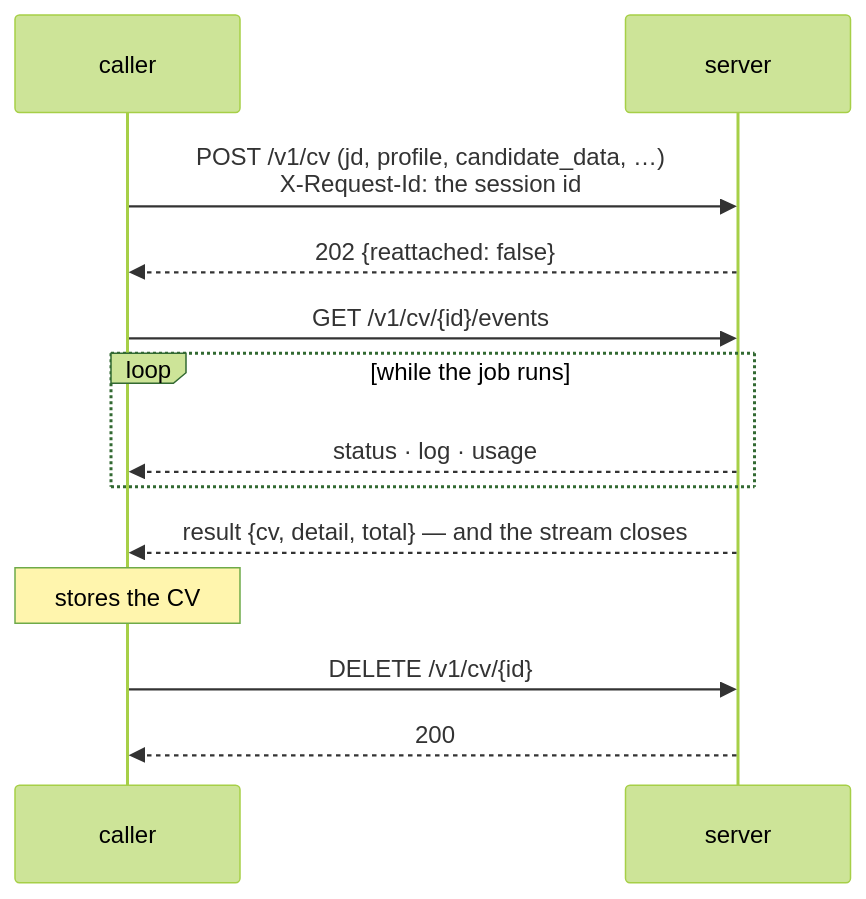
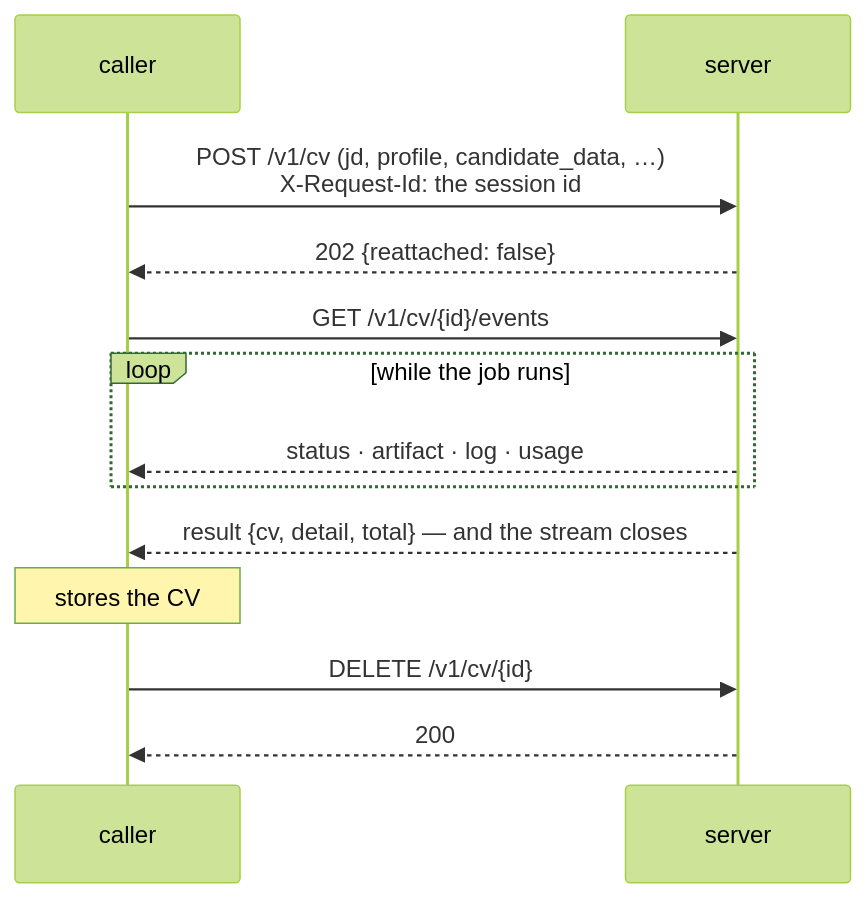
The diagram in doc/protocol.md (gcontini/ats-strike), drawn with Mermaid (forest theme) before and after one commit. The commit also changed other lines of this file and 98 other files, not shown here.

````diff
--- a/doc/protocol.md
+++ b/doc/protocol.md
@@ -149,15 +152,15 @@
 ```mermaid
 sequenceDiagram
     participant C as caller
     participant S as server
     C->>S: POST /v1/cv (jd, profile, candidate_data, …)<br/>X-Request-Id: the session id
     S-->>C: 202 {reattached: false}
     C->>S: GET /v1/cv/{id}/events
     loop while the job runs
-        S-->>C: status · log · usage
+        S-->>C: status · artifact · log · usage
     end
     S-->>C: result {cv, detail, total} — and the stream closes
     Note over C: stores the CV
     C->>S: DELETE /v1/cv/{id}
     S-->>C: 200
 ```
````
